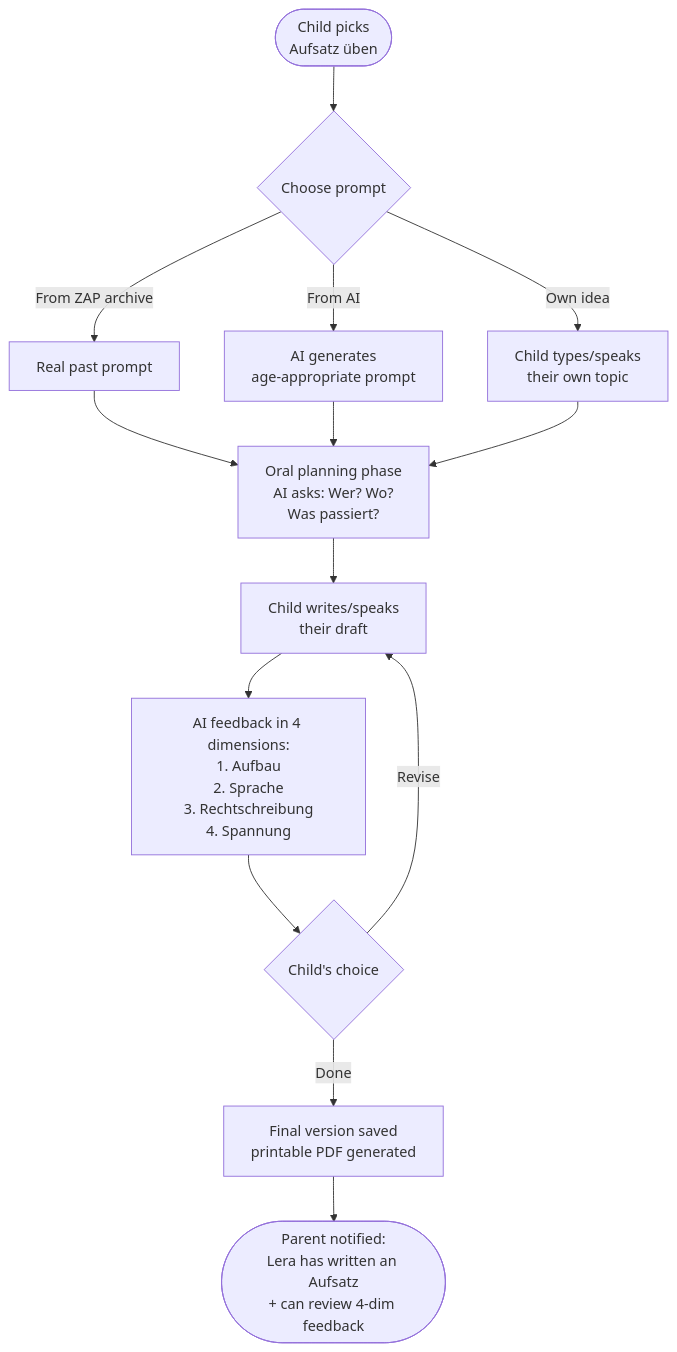
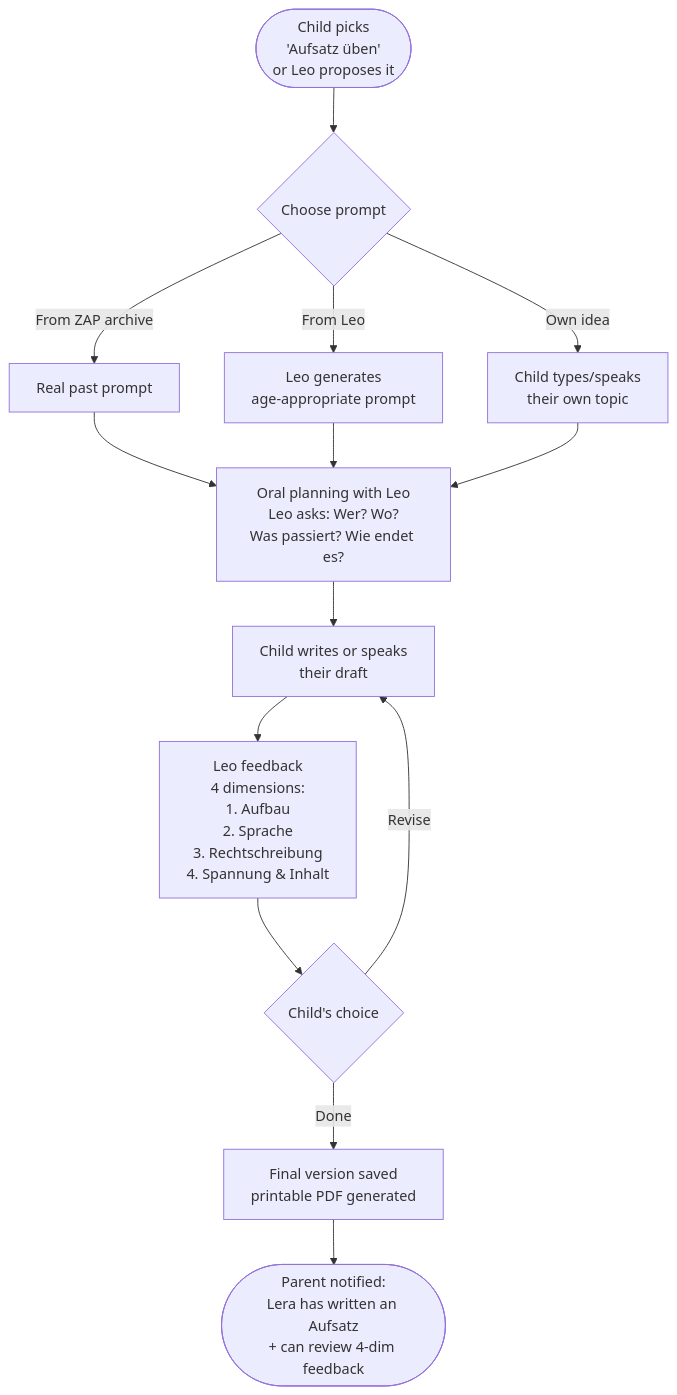
One commit to romank-crisp/gymi-pruf changed the ninth of 16 diagrams in docs/product/user-flows-and-interaction.md. Above: the diagram before and after it, drawn with Mermaid. The commit also changed other lines of this file and 3 other files, not shown here.

````diff
--- a/docs/product/user-flows-and-interaction.md
+++ b/docs/product/user-flows-and-interaction.md
@@ -267,17 +306,17 @@
 ```mermaid
 flowchart TD
-    Start([Child picks<br/>Aufsatz üben]) --> PICK{Choose prompt}
+    Start([Child picks<br/>'Aufsatz üben'<br/>or Leo proposes it]) --> PICK{Choose prompt}
     PICK -->|From ZAP archive| ARCH[Real past prompt]
-    PICK -->|From AI| GEN[AI generates<br/>age-appropriate prompt]
+    PICK -->|From Leo| GEN[Leo generates<br/>age-appropriate prompt]
     PICK -->|Own idea| OWN[Child types/speaks<br/>their own topic]
     ARCH --> PLAN
     GEN --> PLAN
     OWN --> PLAN
-    PLAN[Oral planning phase<br/>AI asks: Wer? Wo?<br/>Was passiert?]
-    PLAN --> DRAFT[Child writes/speaks<br/>their draft]
-    DRAFT --> REV[AI feedback in 4 dimensions:<br/>1. Aufbau<br/>2. Sprache<br/>3. Rechtschreibung<br/>4. Spannung]
+    PLAN[Oral planning with Leo<br/>Leo asks: Wer? Wo?<br/>Was passiert? Wie endet es?]
+    PLAN --> DRAFT[Child writes or speaks<br/>their draft]
+    DRAFT --> REV[Leo feedback<br/>4 dimensions:<br/>1. Aufbau<br/>2. Sprache<br/>3. Rechtschreibung<br/>4. Spannung & Inhalt]
     REV --> CHOICE{Child's choice}
     CHOICE -->|Revise| DRAFT
     CHOICE -->|Done| FINAL[Final version saved<br/>printable PDF generated]
     FINAL --> End([Parent notified:<br/>Lera has written an Aufsatz<br/>+ can review 4-dim feedback])
 ```
````
